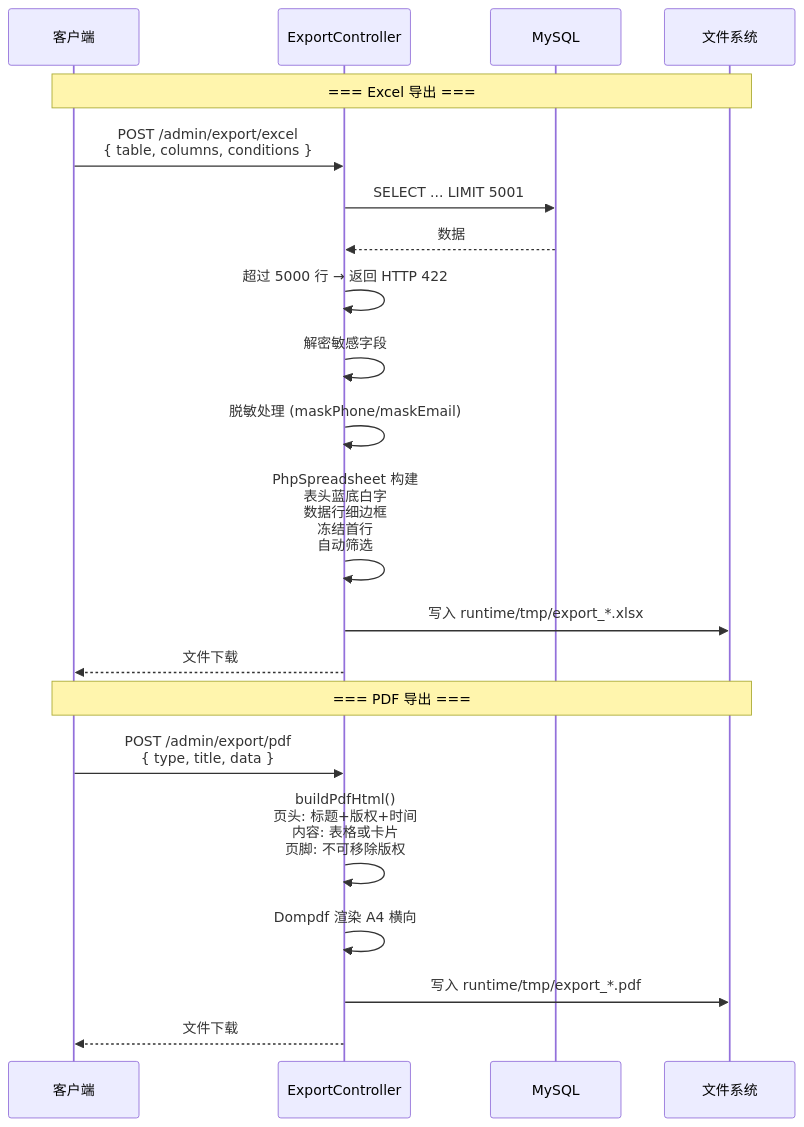
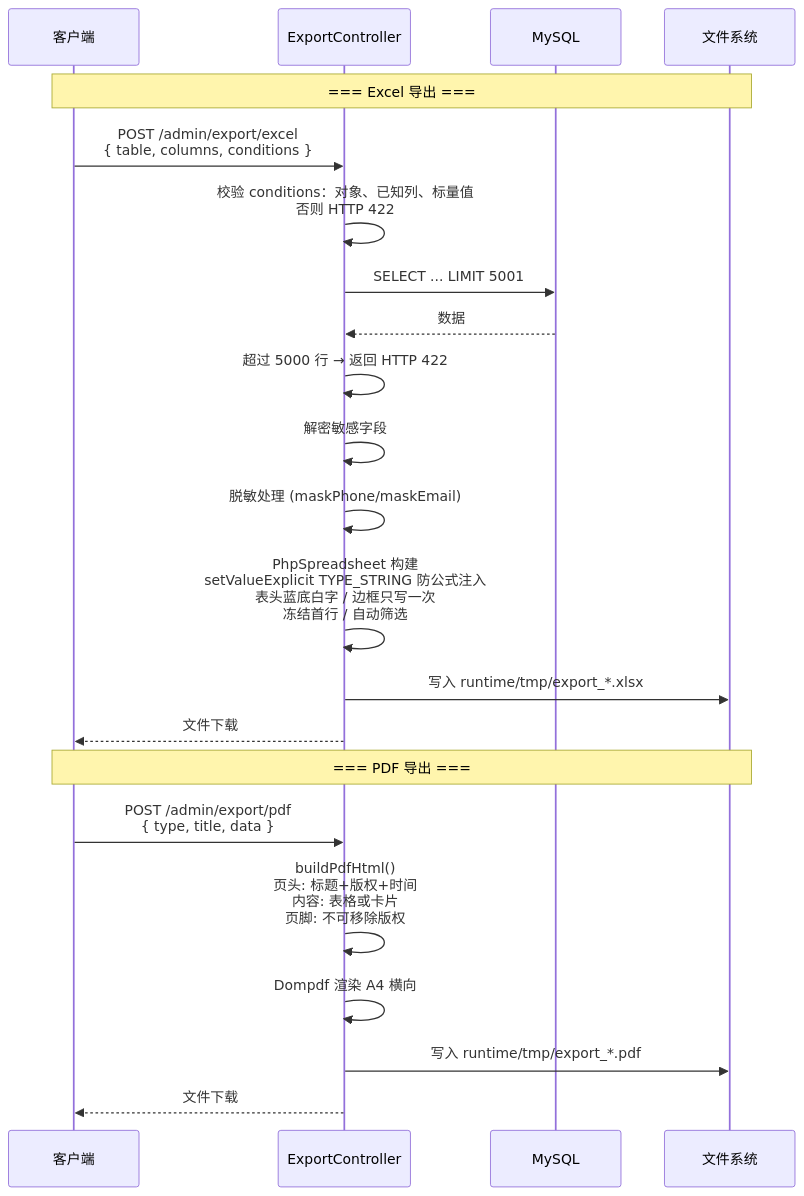
The tenth of 14 diagrams in docs/ARCHITECTURE.md (erikwang2013/open-admin), drawn with Mermaid before and after one commit. The commit also changed other lines of this file and 62 other files, not shown here.

````diff
--- a/docs/ARCHITECTURE.md
+++ b/docs/ARCHITECTURE.md
@@ -509,25 +522,26 @@
 ```mermaid
 sequenceDiagram
     participant C as 客户端
     participant CTL as ExportController
     participant DB as MySQL
     participant FS as 文件系统
 
     Note over C,FS: === Excel 导出 ===
     C->>CTL: POST /admin/export/excel<br/>{ table, columns, conditions }
+    CTL->>CTL: 校验 conditions：对象、已知列、标量值<br/>否则 HTTP 422
     CTL->>DB: SELECT ... LIMIT 5001
     DB-->>CTL: 数据
     CTL->>CTL: 超过 5000 行 → 返回 HTTP 422
     CTL->>CTL: 解密敏感字段
     CTL->>CTL: 脱敏处理 (maskPhone/maskEmail)
-    CTL->>CTL: PhpSpreadsheet 构建<br/>表头蓝底白字<br/>数据行细边框<br/>冻结首行<br/>自动筛选
+    CTL->>CTL: PhpSpreadsheet 构建<br/>setValueExplicit TYPE_STRING 防公式注入<br/>表头蓝底白字 / 边框只写一次<br/>冻结首行 / 自动筛选
     CTL->>FS: 写入 runtime/tmp/export_*.xlsx
     CTL-->>C: 文件下载
 
     Note over C,FS: === PDF 导出 ===
     C->>CTL: POST /admin/export/pdf<br/>{ type, title, data }
     CTL->>CTL: buildPdfHtml()<br/>页头: 标题+版权+时间<br/>内容: 表格或卡片<br/>页脚: 不可移除版权
     CTL->>CTL: Dompdf 渲染 A4 横向
     CTL->>FS: 写入 runtime/tmp/export_*.pdf
     CTL-->>C: 文件下载
 ```
````
